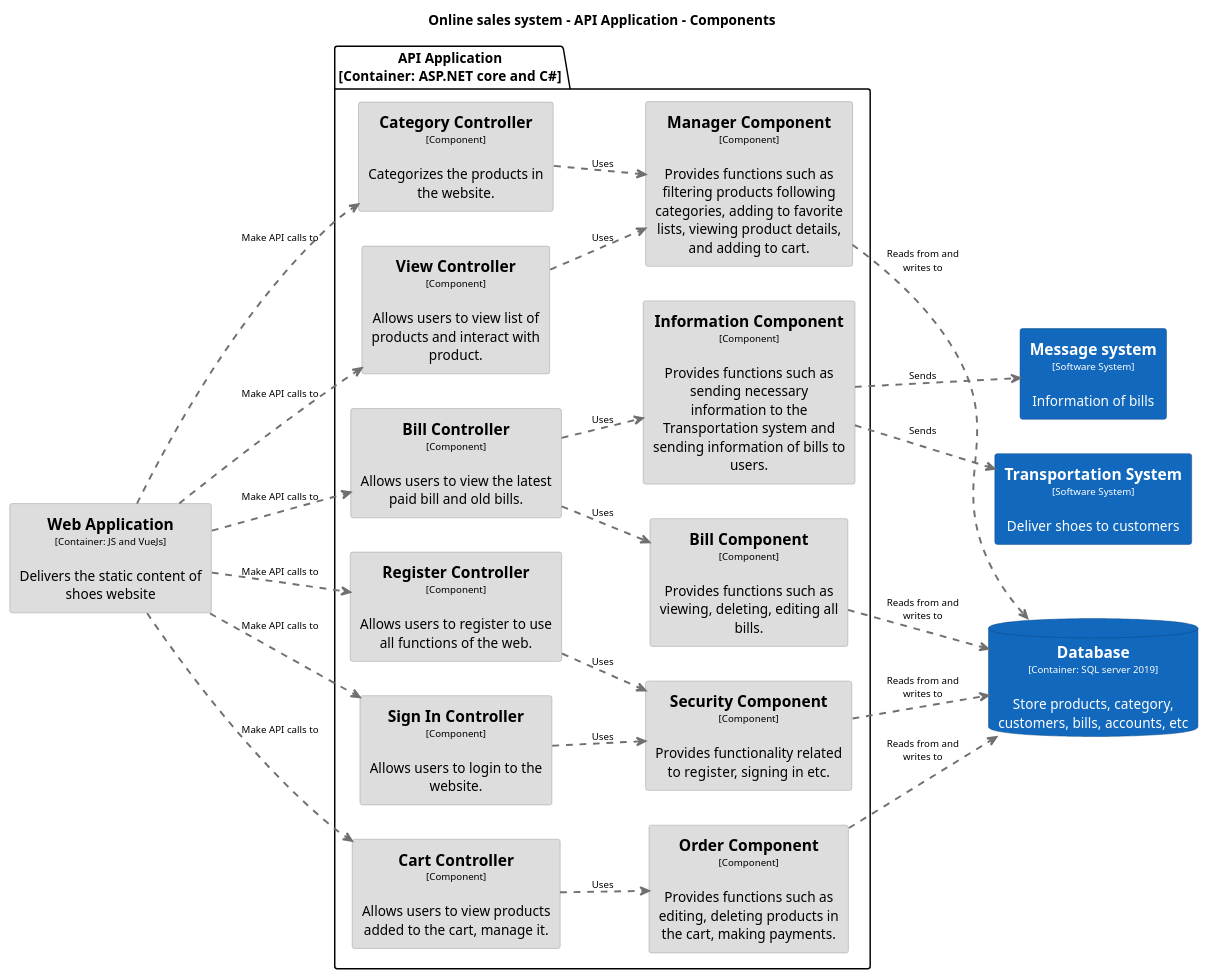
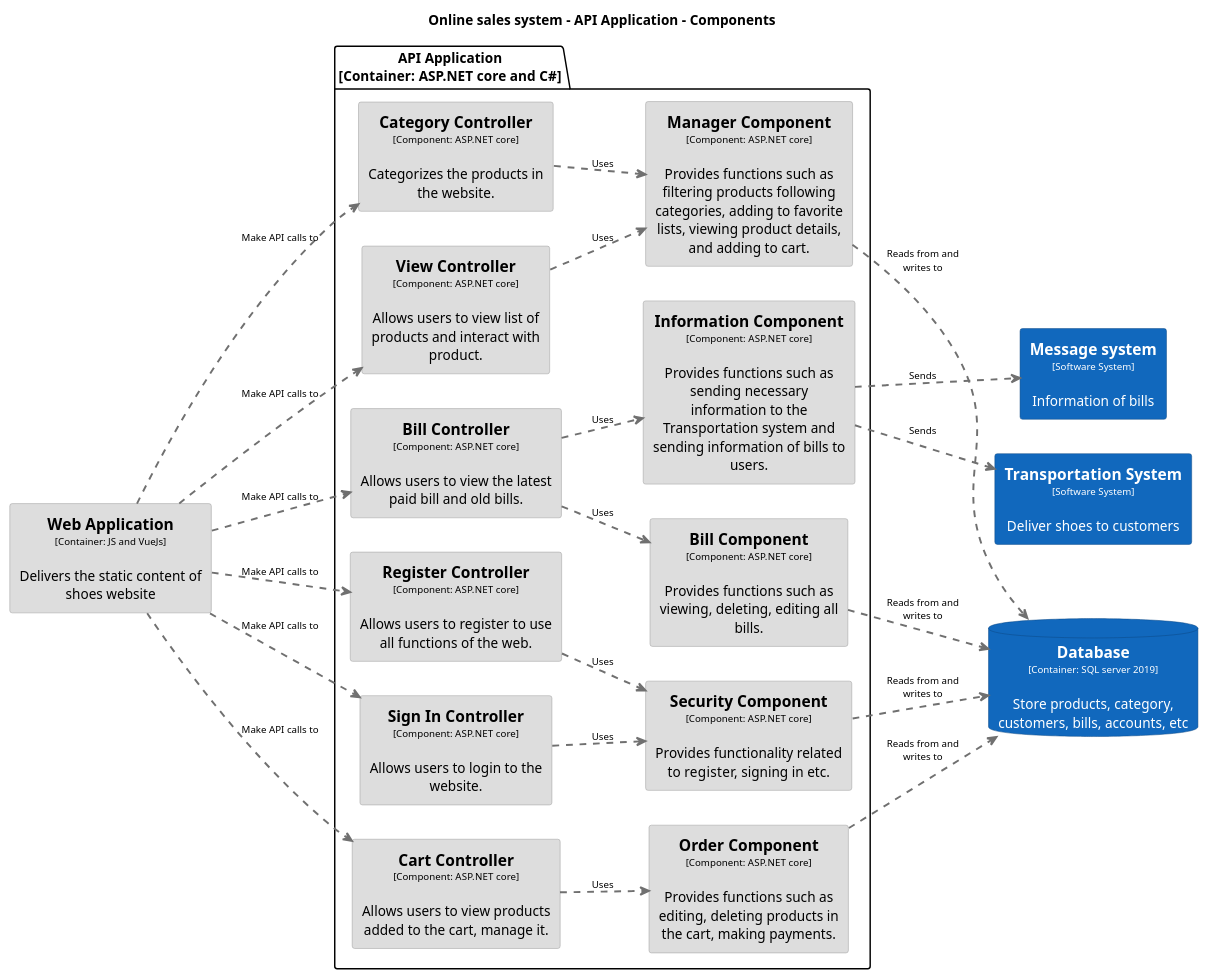
The diagram in export/Onlinesalessystem-APIApplication-Component.puml (lantrannk/phan-tich-thiet-ke-oop), drawn with PlantUML before and after one commit. The commit also changed 2 other files, not shown here.

Commit message:
fix component

```diff
--- a/export/Onlinesalessystem-APIApplication-Component.puml
+++ b/export/Onlinesalessystem-APIApplication-Component.puml
@@ -1,124 +1,124 @@
 @startuml(id=Onlinesalessystem-APIApplication-Component)
 title Online sales system - API Application - Components
 
 skinparam {
   shadowing false
   arrowFontSize 10
   defaultTextAlignment center
   wrapWidth 200
   maxMessageSize 100
 }
 hide stereotype
 left to right direction
-skinparam rectangle<<22>> {
-  BackgroundColor #dddddd
-  FontColor #000000
-  BorderColor #9a9a9a
-}
 skinparam rectangle<<66>> {
   BackgroundColor #1168bd
   FontColor #ffffff
   BorderColor #0b4884
 }
 skinparam rectangle<<11>> {
+  BackgroundColor #dddddd
+  FontColor #000000
+  BorderColor #9a9a9a
+}
+skinparam rectangle<<22>> {
   BackgroundColor #dddddd
   FontColor #000000
   BorderColor #9a9a9a
 }
 skinparam rectangle<<34>> {
   BackgroundColor #dddddd
   FontColor #000000
   BorderColor #9a9a9a
 }
 skinparam rectangle<<24>> {
   BackgroundColor #dddddd
   FontColor #000000
   BorderColor #9a9a9a
 }
 skinparam rectangle<<14>> {
   BackgroundColor #dddddd
   FontColor #000000
   BorderColor #9a9a9a
 }
 skinparam rectangle<<26>> {
   BackgroundColor #dddddd
   FontColor #000000
   BorderColor #9a9a9a
 }
 skinparam rectangle<<16>> {
   BackgroundColor #dddddd
   FontColor #000000
   BorderColor #9a9a9a
 }
 skinparam rectangle<<18>> {
   BackgroundColor #dddddd
   FontColor #000000
   BorderColor #9a9a9a
 }
 skinparam rectangle<<29>> {
   BackgroundColor #dddddd
   FontColor #000000
   BorderColor #9a9a9a
 }
 skinparam rectangle<<4>> {
   BackgroundColor #dddddd
   FontColor #000000
   BorderColor #9a9a9a
 }
 skinparam rectangle<<70>> {
   BackgroundColor #1168bd
   FontColor #ffffff
   BorderColor #0b4884
 }
 skinparam rectangle<<20>> {
   BackgroundColor #dddddd
   FontColor #000000
   BorderColor #9a9a9a
 }
+skinparam rectangle<<32>> {
+  BackgroundColor #dddddd
+  FontColor #000000
+  BorderColor #9a9a9a
+}
 skinparam database<<54>> {
   BackgroundColor #1168bd
   FontColor #ffffff
   BorderColor #0b4884
-}
-skinparam rectangle<<32>> {
-  BackgroundColor #dddddd
-  FontColor #000000
-  BorderColor #9a9a9a
 }
 database "==Database\n<size:10>[Container: SQL server 2019]</size>\n\nStore products, category, customers, bills, accounts, etc" <<54>> as 54
 rectangle "==Message system\n<size:10>[Software System]</size>\n\nInformation of bills" <<70>> as 70
 rectangle "==Transportation System\n<size:10>[Software System]</size>\n\nDeliver shoes to customers" <<66>> as 66
 rectangle "==Web Application\n<size:10>[Container: JS and VueJs]</size>\n\nDelivers the static content of shoes website" <<4>> as 4
 package "API Application\n[Container: ASP.NET core and C#]" {
-  rectangle "==Bill Component\n<size:10>[Component]</size>\n\nProvides functions such as viewing, deleting, editing all bills." <<34>> as 34
-  rectangle "==Bill Controller\n<size:10>[Component]</size>\n\nAllows users to view the latest paid bill and old bills." <<20>> as 20
-  rectangle "==Cart Controller\n<size:10>[Component]</size>\n\nAllows users to view products added to the cart, manage it." <<16>> as 16
-  rectangle "==Category Controller\n<size:10>[Component]</size>\n\nCategorizes the products in the website." <<22>> as 22
-  rectangle "==Information Component\n<size:10>[Component]</size>\n\nProvides functions such as sending necessary information to the Transportation system and sending information of bills to users." <<24>> as 24
-  rectangle "==Manager Component\n<size:10>[Component]</size>\n\nProvides functions such as filtering products following categories, adding to favorite lists, viewing product details, and adding to cart." <<29>> as 29
-  rectangle "==Order Component\n<size:10>[Component]</size>\n\nProvides functions such as editing, deleting products in the cart, making payments." <<32>> as 32
-  rectangle "==Register Controller\n<size:10>[Component]</size>\n\nAllows users to register to use all functions of the web." <<11>> as 11
-  rectangle "==Security Component\n<size:10>[Component]</size>\n\nProvides functionality related to register, signing in etc." <<26>> as 26
-  rectangle "==Sign In Controller\n<size:10>[Component]</size>\n\nAllows users to login to the website." <<14>> as 14
-  rectangle "==View Controller\n<size:10>[Component]</size>\n\nAllows users to view list of products and interact with product." <<18>> as 18
+  rectangle "==Bill Component\n<size:10>[Component: ASP.NET core]</size>\n\nProvides functions such as viewing, deleting, editing all bills." <<34>> as 34
+  rectangle "==Bill Controller\n<size:10>[Component: ASP.NET core]</size>\n\nAllows users to view the latest paid bill and old bills." <<20>> as 20
+  rectangle "==Cart Controller\n<size:10>[Component: ASP.NET core]</size>\n\nAllows users to view products added to the cart, manage it." <<16>> as 16
+  rectangle "==Category Controller\n<size:10>[Component: ASP.NET core]</size>\n\nCategorizes the products in the website." <<22>> as 22
+  rectangle "==Information Component\n<size:10>[Component: ASP.NET core]</size>\n\nProvides functions such as sending necessary information to the Transportation system and sending information of bills to users." <<24>> as 24
+  rectangle "==Manager Component\n<size:10>[Component: ASP.NET core]</size>\n\nProvides functions such as filtering products following categories, adding to favorite lists, viewing product details, and adding to cart." <<29>> as 29
+  rectangle "==Order Component\n<size:10>[Component: ASP.NET core]</size>\n\nProvides functions such as editing, deleting products in the cart, making payments." <<32>> as 32
+  rectangle "==Register Controller\n<size:10>[Component: ASP.NET core]</size>\n\nAllows users to register to use all functions of the web." <<11>> as 11
+  rectangle "==Security Component\n<size:10>[Component: ASP.NET core]</size>\n\nProvides functionality related to register, signing in etc." <<26>> as 26
+  rectangle "==Sign In Controller\n<size:10>[Component: ASP.NET core]</size>\n\nAllows users to login to the website." <<14>> as 14
+  rectangle "==View Controller\n<size:10>[Component: ASP.NET core]</size>\n\nAllows users to view list of products and interact with product." <<18>> as 18
 }
 34 .[#707070,thickness=2].> 54 : "Reads from and writes to"
 20 .[#707070,thickness=2].> 34 : "Uses"
 20 .[#707070,thickness=2].> 24 : "Uses"
 16 .[#707070,thickness=2].> 32 : "Uses"
 22 .[#707070,thickness=2].> 29 : "Uses"
 24 .[#707070,thickness=2].> 70 : "Sends"
 24 .[#707070,thickness=2].> 66 : "Sends"
 29 .[#707070,thickness=2].> 54 : "Reads from and writes to"
 32 .[#707070,thickness=2].> 54 : "Reads from and writes to"
 11 .[#707070,thickness=2].> 26 : "Uses"
 26 .[#707070,thickness=2].> 54 : "Reads from and writes to"
 14 .[#707070,thickness=2].> 26 : "Uses"
 18 .[#707070,thickness=2].> 29 : "Uses"
 4 .[#707070,thickness=2].> 20 : "Make API calls to"
 4 .[#707070,thickness=2].> 16 : "Make API calls to"
 4 .[#707070,thickness=2].> 22 : "Make API calls to"
 4 .[#707070,thickness=2].> 11 : "Make API calls to"
 4 .[#707070,thickness=2].> 14 : "Make API calls to"
 4 .[#707070,thickness=2].> 18 : "Make API calls to"
 @enduml
```
